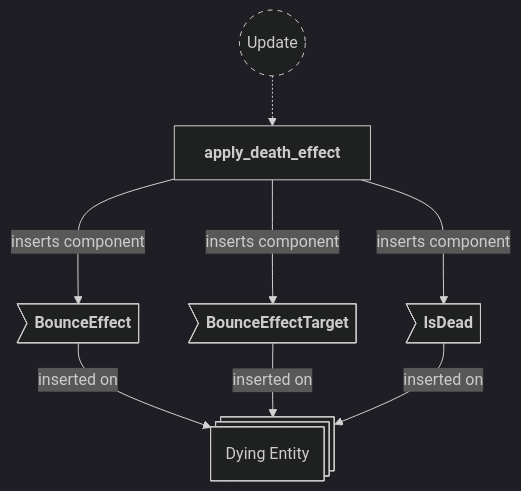
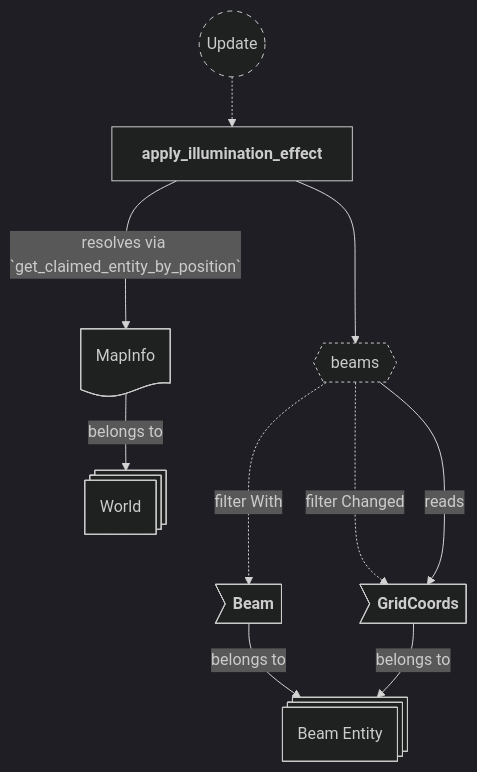
Diagram 23 of 25 in backlog/docs/doc-10 - 008-Effects-plugin.md (neurosoup/tyled), drawn with Mermaid before and after one commit. The commit also changed other lines of this file and 14 other files, not shown here.

First line of the commit message:
Add beam-origin illumination and fix knockback transform-effect race

````diff
--- a/backlog/docs/doc-10 - 008-Effects-plugin.md
+++ b/backlog/docs/doc-10 - 008-Effects-plugin.md
@@ -636,28 +952,32 @@
 ```mermaid
 ---
 config:
   theme: dark
 ---
 
 flowchart TD
 classDef system-group stroke-dasharray: 5 5
+classDef query stroke-dasharray: 3 3
 
 update(("`Update`")):::system-group
-apply_death_effect["`**apply_death_effect**`"]
+apply_illumination_effect["`**apply_illumination_effect**`"]
 
-update -.-> apply_death_effect
+update -.-> apply_illumination_effect
 
-dying_entity@{ shape: st-rect, label: "Dying Entity" }
+beams_query{{"`beams`"}}:::query
+apply_illumination_effect ---> beams_query
 
-de_bounce_effect>"`**BounceEffect**`"]
-de_bounce_target>"`**BounceEffectTarget**`"]
-de_is_dead>"`**IsDead**`"]
+beam_entity@{ shape: st-rect, label: "Beam Entity" }
 
-de_bounce_effect --> |inserted on| dying_entity
-de_bounce_target --> |inserted on| dying_entity
-de_is_dead --> |inserted on| dying_entity
+be_beam>"`**Beam**`"] --> |belongs to| beam_entity
+be_grid_coords>"`**GridCoords**`"] --> |belongs to| beam_entity
 
-apply_death_effect ---> |inserts component| de_bounce_effect
-apply_death_effect ---> |inserts component| de_bounce_target
-apply_death_effect ---> |inserts component| de_is_dead
+beams_query -..-> |filter With| be_beam
+beams_query -..-> |filter Changed| be_grid_coords
+beams_query ---> |reads| be_grid_coords
+
+world@{ shape: st-rect, label: "World" }
+map_info_res@{ shape: doc, label: "MapInfo" }
+map_info_res --> |belongs to| world
+apply_illumination_effect ---> |resolves via `get_claimed_entity_by_position`| map_info_res
 ```
````
